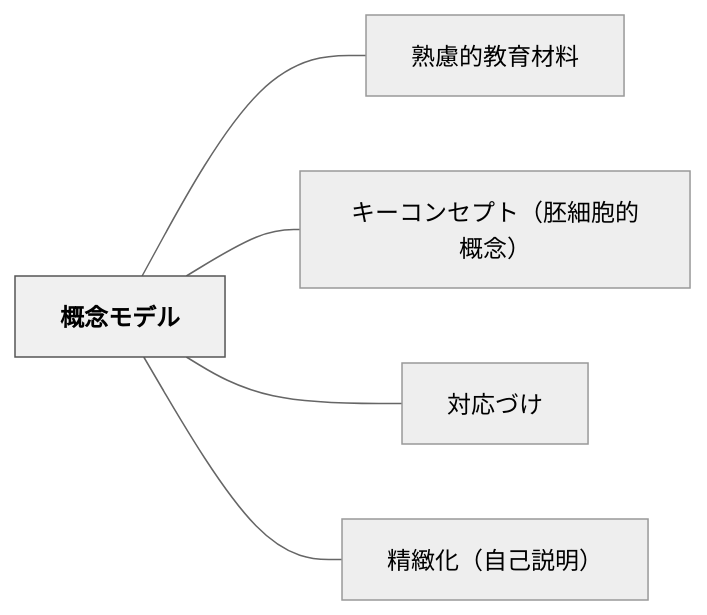
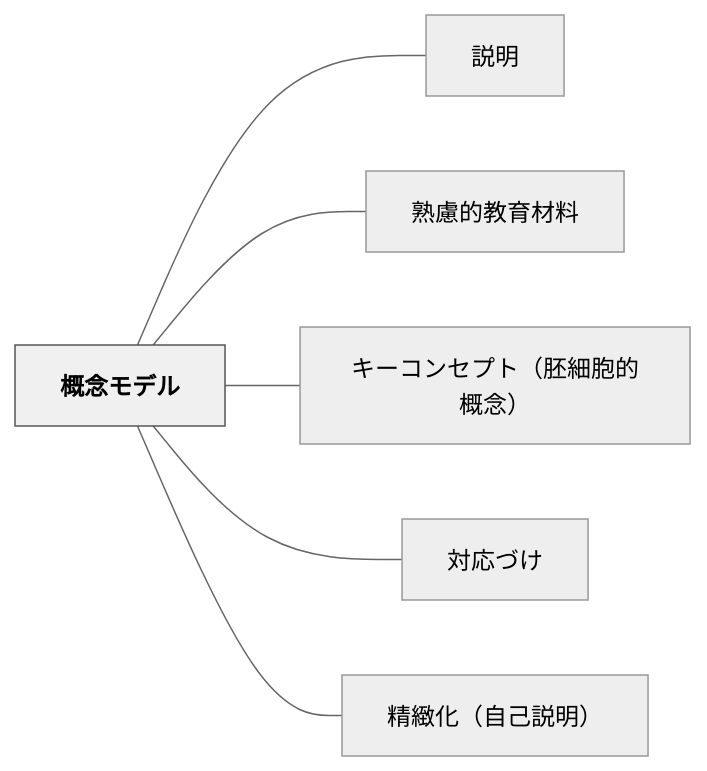
One commit to unknownthings-ed-patterns/unknownthings-ed-patterns changed the diagram in content/パタン/概念モデル.md. Above: the diagram before and after it, drawn with Mermaid (neutral theme). The commit also changed other lines of this file and 473 other files, not shown here.

````diff
--- a/content/パタン/概念モデル.md
+++ b/content/パタン/概念モデル.md
@@ -45,16 +46,18 @@
 ```mermaid
 flowchart LR
     ne6a682e5bfb5["概念モデル"]
+    ne8aaace6988e["説明"]
     ne7869fe685ae["熟慮的教育材料"]
     ne382ade383bc["キーコンセプト（胚細胞的概念）"]
     ne5afbee5bf9c["対応づけ"]
     ne7b2bee7b7bb["精緻化（自己説明）"]
 
+    ne6a682e5bfb5 --- ne8aaace6988e
     ne6a682e5bfb5 --- ne7869fe685ae
     ne6a682e5bfb5 --- ne382ade383bc
     ne6a682e5bfb5 --- ne5afbee5bf9c
     ne6a682e5bfb5 --- ne7b2bee7b7bb
 
     classDef hub fill:#f0f0f0,stroke:#555,color:#000,font-weight:bold
     class ne6a682e5bfb5 hub
 ```
````
